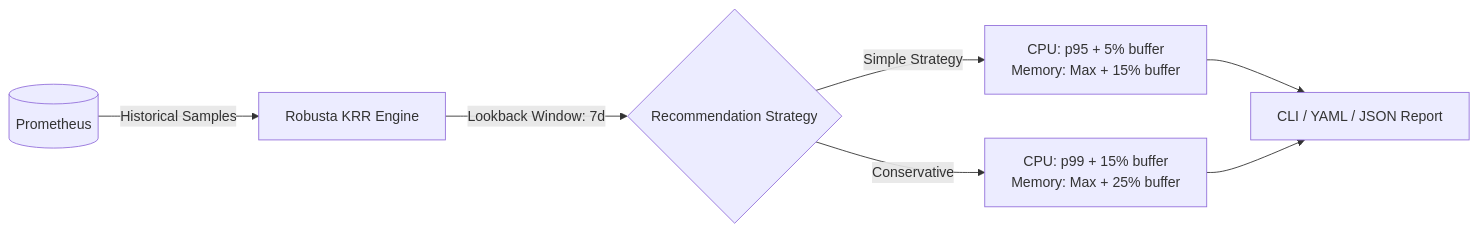
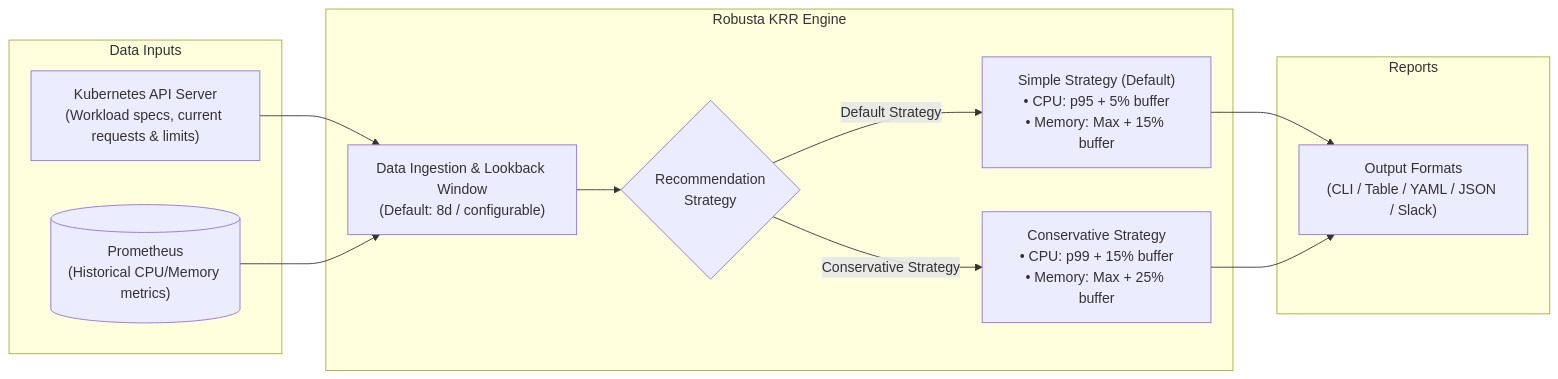
One commit to nubenetes/kubernetes-rightsizing changed the first of 2 diagrams in docs/04-recommendation-models-vpa-krr.md. Above: the diagram before and after it, drawn with Mermaid. The commit also changed other lines of this file, not shown here.

Commit message:
fix(docs): resolve LaTeX math mode error and update Mermaid diagrams in chapter 4

````diff
--- a/docs/04-recommendation-models-vpa-krr.md
+++ b/docs/04-recommendation-models-vpa-krr.md
@@ -26,9 +26,26 @@
 ```mermaid
 graph LR
-    Prom[(Prometheus)] -->|Historical Samples| KRR[Robusta KRR Engine]
-    KRR -->|Lookback Window: 7d| Strategy{Recommendation Strategy}
-    Strategy -->|Simple Strategy| SimpleCalc[CPU: p95 + 5% buffer<br/>Memory: Max + 15% buffer]
-    Strategy -->|Conservative| ConCalc[CPU: p99 + 15% buffer<br/>Memory: Max + 25% buffer]
-    SimpleCalc --> Output[CLI / YAML / JSON Report]
+    subgraph Inputs ["Data Inputs"]
+        K8sAPI["Kubernetes API Server<br/>(Workload specs, current requests & limits)"]
+        Prom[("Prometheus<br/>(Historical CPU/Memory metrics)")]
+    end
+
+    subgraph KRR ["Robusta KRR Engine"]
+        Engine["Data Ingestion & Lookback Window<br/>(Default: 8d / configurable)"]
+        Strategy{"Recommendation<br/>Strategy"}
+        SimpleCalc["Simple Strategy (Default)<br/>• CPU: p95 + 5% buffer<br/>• Memory: Max + 15% buffer"]
+        ConCalc["Conservative Strategy<br/>• CPU: p99 + 15% buffer<br/>• Memory: Max + 25% buffer"]
+    end
+
+    subgraph Outputs ["Reports"]
+        Output["Output Formats<br/>(CLI / Table / YAML / JSON / Slack)"]
+    end
+
+    K8sAPI --> Engine
+    Prom --> Engine
+    Engine --> Strategy
+    Strategy -->|Default Strategy| SimpleCalc
+    Strategy -->|Conservative Strategy| ConCalc
+    SimpleCalc --> Output
     ConCalc --> Output
 ```
````
